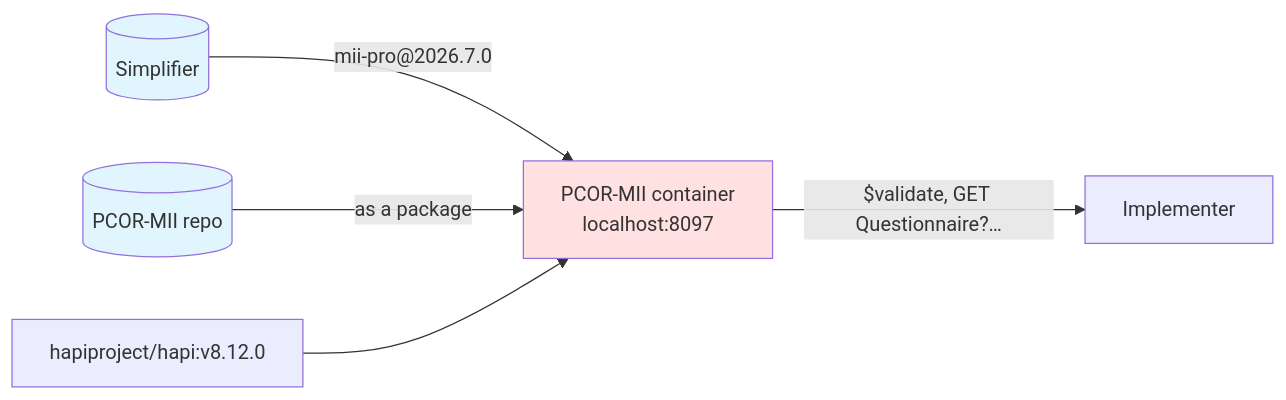
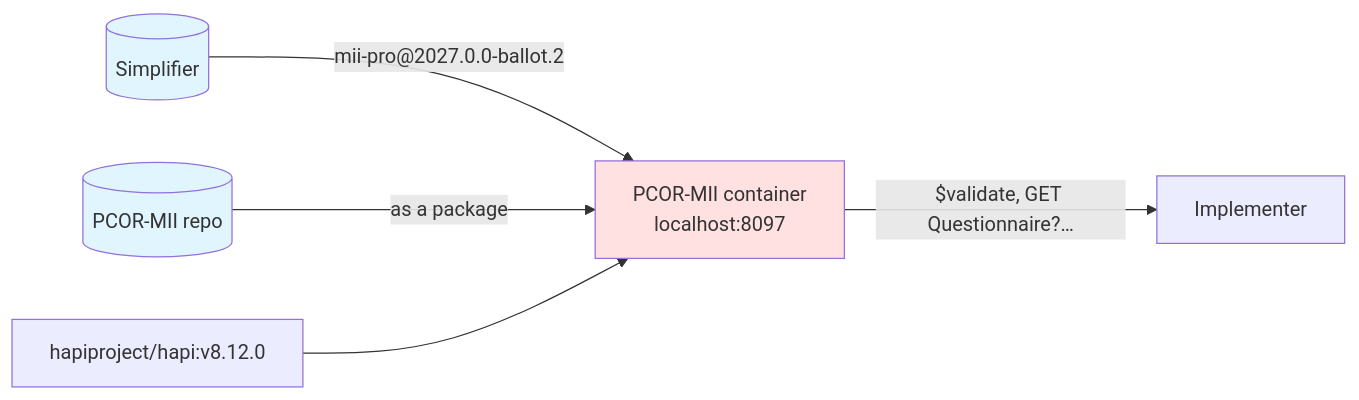
The first of 2 diagrams in input/translations/en/pagecontent/Bereitstellung.md (BIH-CEI/PCOR-MII), drawn with Mermaid before and after one commit. The commit also changed other lines of this file and 130 other files, not shown here.

First line of the commit message:
0.9.0: MII PRO 2027.0.0-ballot.2, itemWeight, SNOMED-Ja/Nein, NTx, Use-Case-Seiten (#29)

````diff
--- a/input/translations/en/pagecontent/Bereitstellung.md
+++ b/input/translations/en/pagecontent/Bereitstellung.md
@@ -18,11 +18,11 @@
 ```mermaid
 flowchart LR
-    SIMPLIFIER[("Simplifier")] -->|"mii-pro@2026.7.0"| HAPI
+    SIMPLIFIER[("Simplifier")] -->|"mii-pro@2027.0.0-ballot.2"| HAPI
     REPO[("PCOR-MII repo")] -->|"as a package"| HAPI
     HAPI_BASE["hapiproject/hapi:v8.12.0"] --> HAPI["PCOR-MII container<br/>localhost:8097"]
     HAPI -->|"$validate, GET Questionnaire?…"| CLIENT["Implementer"]
 
     style HAPI fill:#ffe1e1
     style SIMPLIFIER fill:#e1f5ff
     style REPO fill:#e1f5ff
 ```
````
